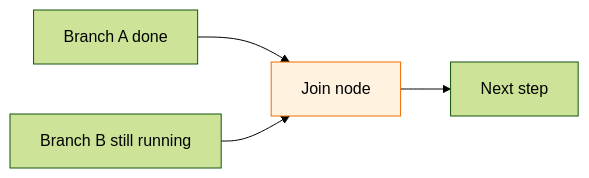
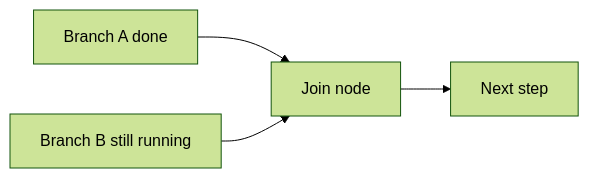
Before and after one commit to agentic-com/Agentic-Flow-Doc: the third of 4 diagrams in src/content/docs/concepts/flow/execution-order.mdx, drawn with Mermaid (forest theme). The commit also changed other lines of this file and 36 other files, not shown here.

````diff
--- a/src/content/docs/concepts/flow/execution-order.mdx
+++ b/src/content/docs/concepts/flow/execution-order.mdx
@@ -44,8 +44,8 @@
 ```mermaid
 flowchart LR
   A["Branch A done"] --> J["Join node"]
   B["Branch B still running"] --> J
   J --> N["Next step"]
 
-  style J fill:#fff3e0,stroke:#ef6c00
+  class J awf-warn
 ```
````
